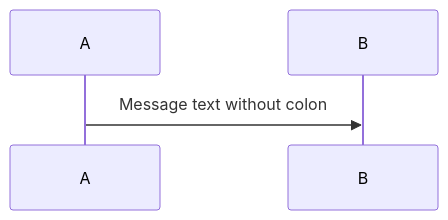
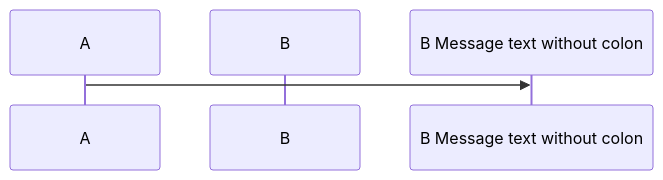
Before and after one commit to probelabs/mermaid-lint: diagram 19 of 27 in test-fixtures/sequence/INVALID_DIAGRAMS.md, drawn with Mermaid. The commit also changed other lines of this file and 9 other files, not shown here.

Commit message:
sequence: accept realistic quoted names; warn by default, error in --strict; move permissive cases to valid; regenerate previews

````diff
--- a/test-fixtures/sequence/INVALID_DIAGRAMS.md
+++ b/test-fixtures/sequence/INVALID_DIAGRAMS.md
@@ -984,8 +918,8 @@
 ```mermaid
 sequenceDiagram
   participant A
   participant B
-  A->>B : Message text without colon
+  A->>B Message text without colon: 
 
 
 ```
````
